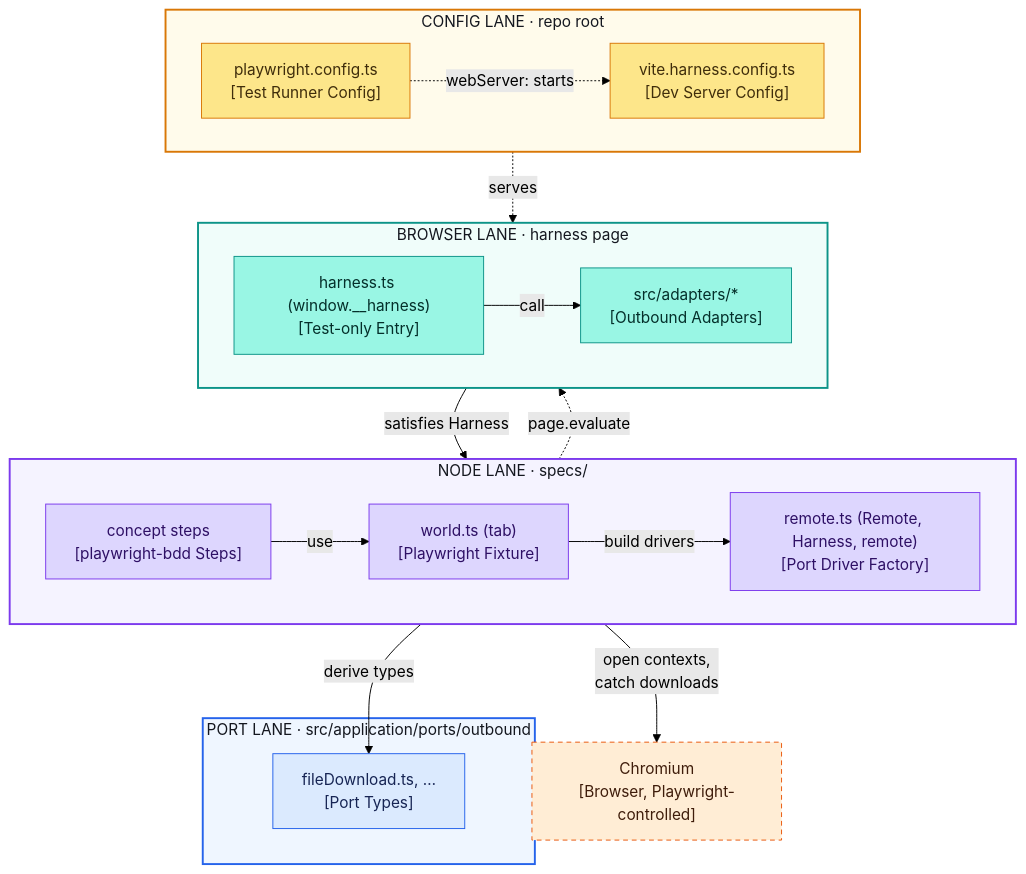
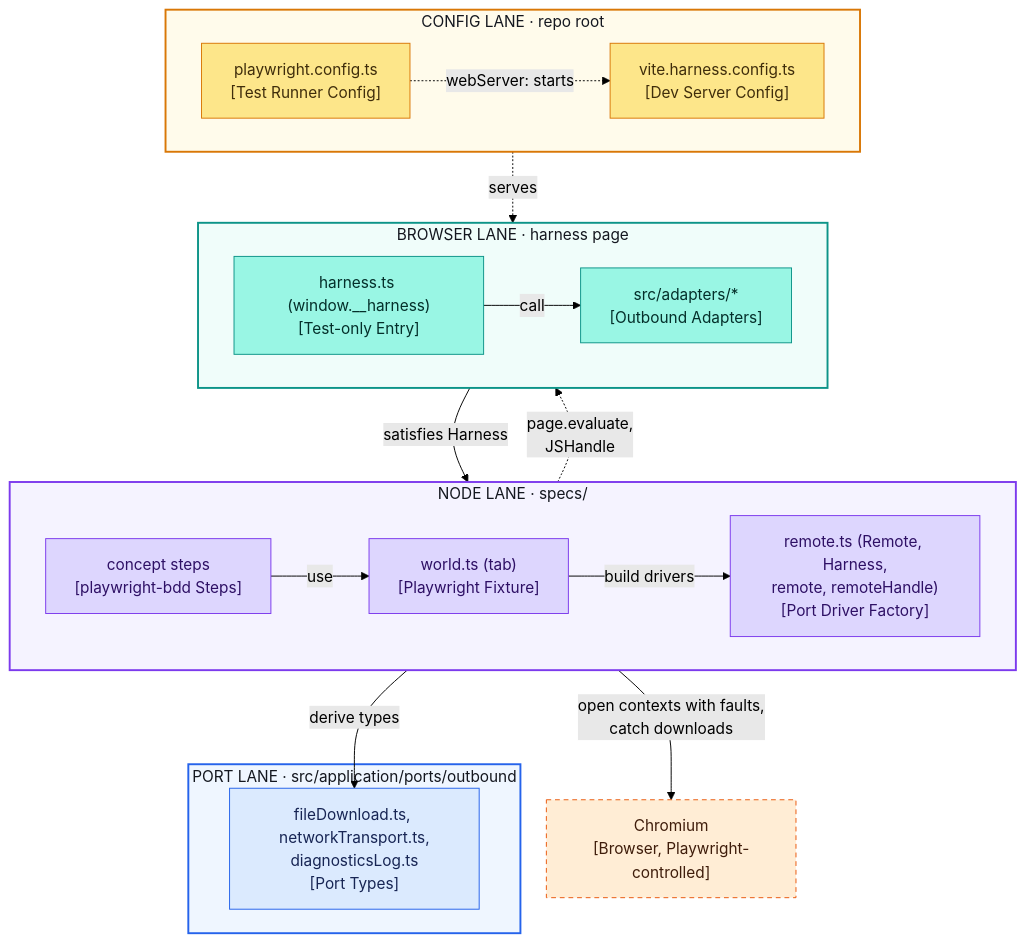
The first of 3 diagrams in docs/technical/concepts/integration-testing.md (cfisch3r/estimate), drawn with Mermaid (forest theme) before and after one commit. The commit also changed other lines of this file and 58 other files, not shown here.

````diff
--- a/docs/technical/concepts/integration-testing.md
+++ b/docs/technical/concepts/integration-testing.md
@@ -21,54 +22,54 @@
 ```mermaid
 flowchart TD
   subgraph nodelane["NODE LANE · specs/"]
     direction LR
     Steps["concept steps<br/>[playwright-bdd Steps]"]
     World["world.ts (tab)<br/>[Playwright Fixture]"]
-    Remote["remote.ts (Remote, Harness, remote)<br/>[Port Driver Factory]"]
+    Remote["remote.ts (Remote, Harness,<br/>remote, remoteHandle)<br/>[Port Driver Factory]"]
   end
 
   subgraph configlane["CONFIG LANE · repo root"]
     direction LR
     PWConfig["playwright.config.ts<br/>[Test Runner Config]"]
     HarnessConfig["vite.harness.config.ts<br/>[Dev Server Config]"]
   end
 
   subgraph browserlane["BROWSER LANE · harness page"]
     direction LR
     Harness["harness.ts (window.__harness)<br/>[Test-only Entry]"]
     Adapters["src/adapters/*<br/>[Outbound Adapters]"]
   end
 
   subgraph portlane["PORT LANE · src/application/ports/outbound"]
-    Ports["fileDownload.ts, …<br/>[Port Types]"]
+    Ports["fileDownload.ts, networkTransport.ts,<br/>diagnosticsLog.ts<br/>[Port Types]"]
   end
 
   Chromium["Chromium<br/>[Browser, Playwright-controlled]"]
 
   Steps -->|"use"| World
   World -->|"build drivers"| Remote
-  Remote -.->|"page.evaluate"| Harness
+  Remote -.->|"page.evaluate,<br/>JSHandle"| Harness
   Harness -->|"call"| Adapters
   Harness -->|"satisfies Harness"| Remote
   Remote -->|"derive types"| Ports
-  World -->|"open contexts,<br/>catch downloads"| Chromium
+  World -->|"open contexts with faults,<br/>catch downloads"| Chromium
   PWConfig -.->|"webServer: starts"| HarnessConfig
   HarnessConfig -.->|"serves"| Harness
 
   classDef node  fill:#DDD6FE,stroke:#7C3AED,color:#2E1065
   classDef cfg   fill:#FDE68A,stroke:#D97706,color:#3F2D0B
   classDef brw   fill:#99F6E4,stroke:#0D9488,color:#042F2A
   classDef port  fill:#DBEAFE,stroke:#2563EB,color:#172554
   classDef ext   fill:#FFEDD5,stroke:#EA580C,color:#3F1D0B,stroke-dasharray:5 4
 
   class Steps,World,Remote node
   class PWConfig,HarnessConfig cfg
   class Harness,Adapters brw
   class Ports port
   class Chromium ext
 
   style nodelane fill:#F5F3FF,stroke:#7C3AED,stroke-width:2px,color:#14171f
   style configlane fill:#FFFBEB,stroke:#D97706,stroke-width:2px,color:#14171f
   style browserlane fill:#F0FDFA,stroke:#0D9488,stroke-width:2px,color:#14171f
   style portlane fill:#EFF6FF,stroke:#2563EB,stroke-width:2px,color:#14171f
 ```
````
